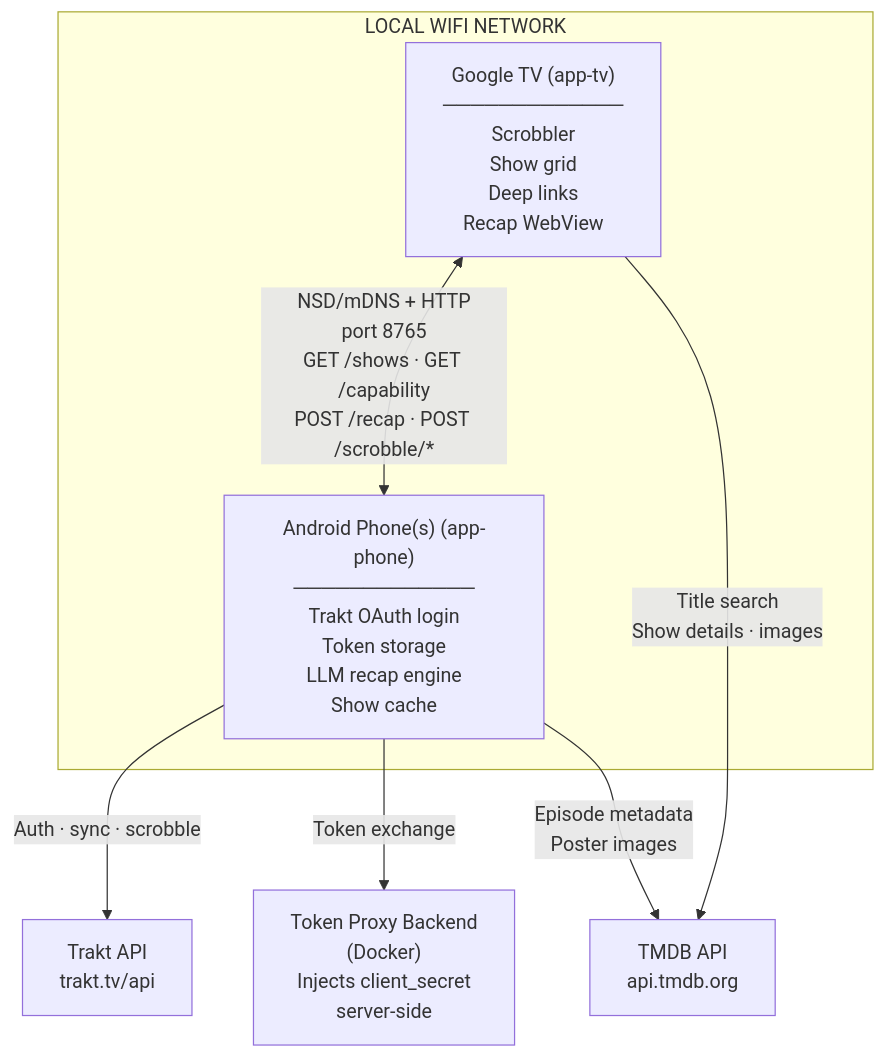
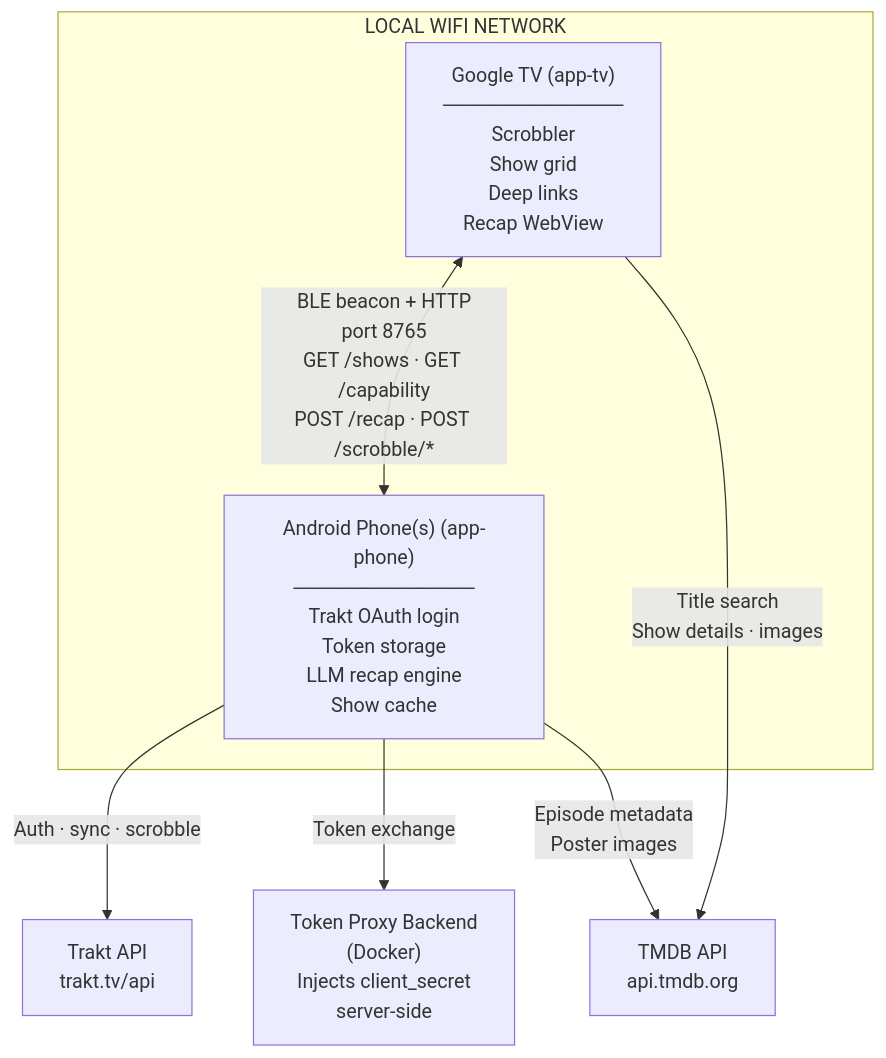
One commit to justb81/watchbuddy changed the first of 14 diagrams in docs/trakt-flow.md. Above: the diagram before and after it, drawn with Mermaid. The commit also changed other lines of this file, not shown here.

First line of the commit message:
docs: remove outdated NSD/mDNS references from trakt-flow.md (#679)

````diff
--- a/docs/trakt-flow.md
+++ b/docs/trakt-flow.md
@@ -28,13 +28,13 @@
 ```mermaid
 graph TB
     subgraph WIFI["LOCAL WIFI NETWORK"]
         TV["Google TV (app-tv)\n─────────────\nScrobbler\nShow grid\nDeep links\nRecap WebView"]
         Phone["Android Phone(s) (app-phone)\n─────────────\nTrakt OAuth login\nToken storage\nLLM recap engine\nShow cache"]
-        TV <-->|"NSD/mDNS + HTTP\nport 8765\nGET /shows · GET /capability\nPOST /recap · POST /scrobble/*"| Phone
+        TV <-->|"BLE beacon + HTTP\nport 8765\nGET /shows · GET /capability\nPOST /recap · POST /scrobble/*"| Phone
     end
 
     Phone -->|"Auth · sync · scrobble"| Trakt["Trakt API\ntrakt.tv/api"]
     Phone -->|"Token exchange"| Backend["Token Proxy Backend\n(Docker)\nInjects client_secret\nserver-side"]
     Phone -->|"Episode metadata\nPoster images"| TMDB["TMDB API\napi.tmdb.org"]
     TV -->|"Title search\nShow details · images"| TMDB
 ```
````
